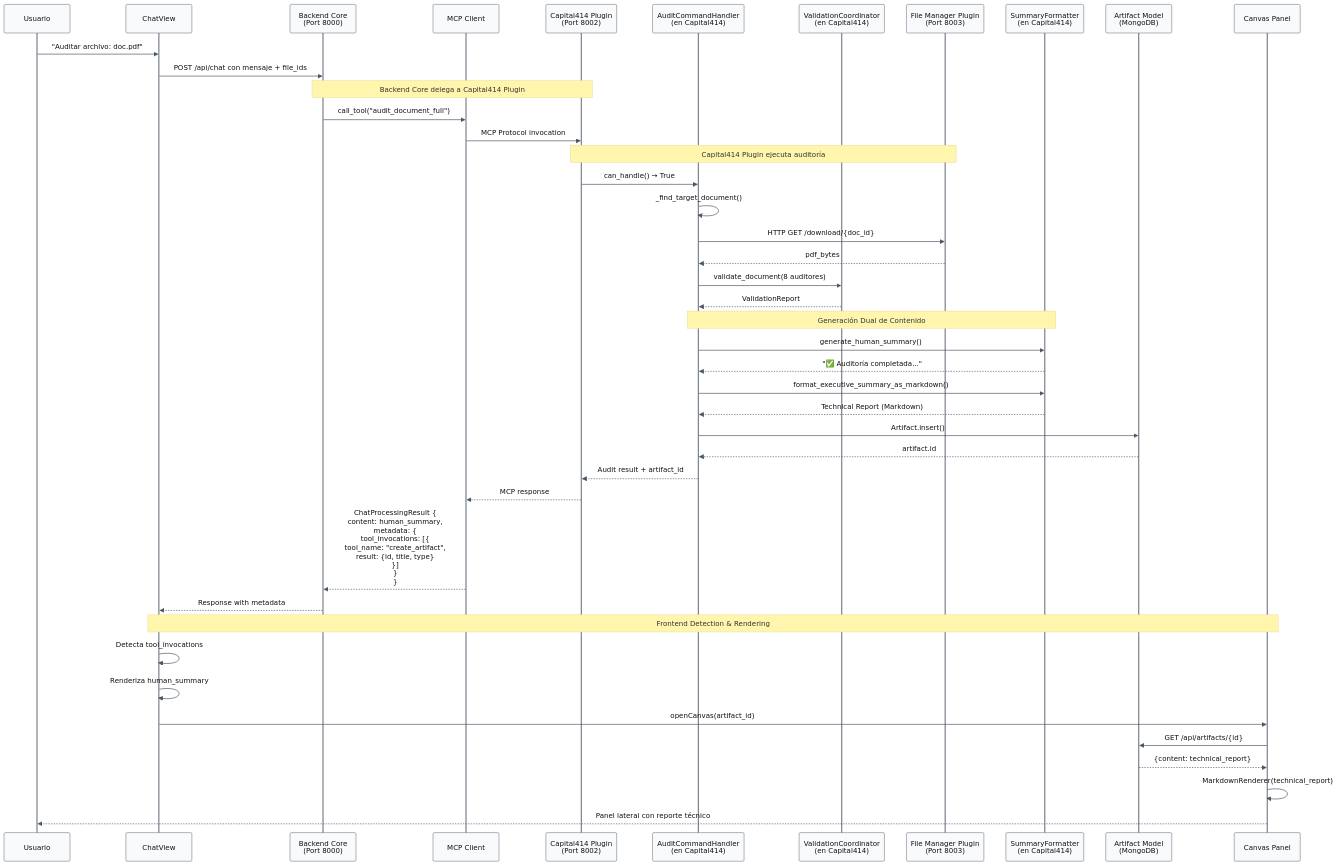
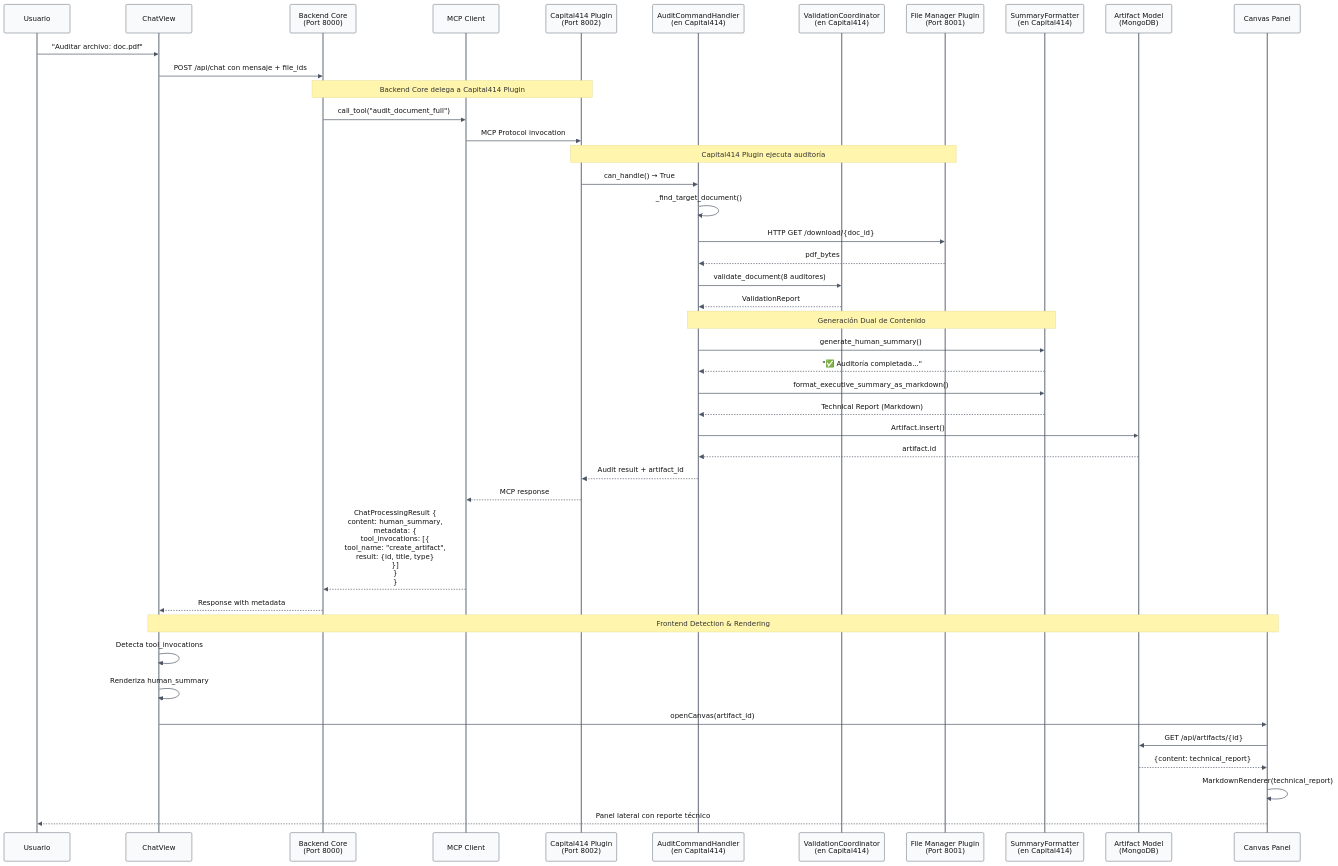
The tenth of 11 diagrams in README.md (saptiva-ai/octavios-chat), drawn with Mermaid before and after one commit. The commit also changed other lines of this file and 14 other files, not shown here.

First line of the commit message:
refactor: change File Manager port from 8003 to 8001

````diff
--- a/README.md
+++ b/README.md
@@ -983,54 +1146,54 @@
 ```mermaid
 %%{init: {'theme': 'base', 'themeVariables': {'actorBorder': '#4b5563','actorBkg': '#f9fafb','actorTextColor': '#111111','signalColor': '#4b5563','signalTextColor': '#111111','activationBorderColor': '#4b5563','activationBkgColor': '#d1d5db','sequenceNumberColor': '#4b5563'}}}%%
 sequenceDiagram
     participant User as Usuario
     participant Chat as ChatView
     participant BackendCore as Backend Core<br/>(Port 8000)
     participant MCPClient as MCP Client
     participant Capital414 as Capital414 Plugin<br/>(Port 8002)
     participant Handler as AuditCommandHandler<br/>(en Capital414)
     participant Coordinator as ValidationCoordinator<br/>(en Capital414)
-    participant FileManager as File Manager Plugin<br/>(Port 8003)
+    participant FileManager as File Manager Plugin<br/>(Port 8001)
     participant Formatter as SummaryFormatter<br/>(en Capital414)
     participant ArtifactDB as Artifact Model<br/>(MongoDB)
     participant Canvas as Canvas Panel
 
     User->>Chat: "Auditar archivo: doc.pdf"
     Chat->>BackendCore: POST /api/chat con mensaje + file_ids
 
     Note over BackendCore,Capital414: Backend Core delega a Capital414 Plugin
     BackendCore->>MCPClient: call_tool("audit_document_full")
     MCPClient->>Capital414: MCP Protocol invocation
 
     Note over Capital414,FileManager: Capital414 Plugin ejecuta auditoría
     Capital414->>Handler: can_handle() → True
     Handler->>Handler: _find_target_document()
     Handler->>FileManager: HTTP GET /download/{doc_id}
     FileManager-->>Handler: pdf_bytes
     Handler->>Coordinator: validate_document(8 auditores)
     Coordinator-->>Handler: ValidationReport
 
     Note over Handler,Formatter: Generación Dual de Contenido
     Handler->>Formatter: generate_human_summary()
     Formatter-->>Handler: "✅ Auditoría completada..."
     Handler->>Formatter: format_executive_summary_as_markdown()
     Formatter-->>Handler: Technical Report (Markdown)
 
     Handler->>ArtifactDB: Artifact.insert()
     ArtifactDB-->>Handler: artifact.id
 
     Handler-->>Capital414: Audit result + artifact_id
     Capital414-->>MCPClient: MCP response
     MCPClient-->>BackendCore: ChatProcessingResult {<br/>  content: human_summary,<br/>  metadata: {<br/>    tool_invocations: [{<br/>      tool_name: "create_artifact",<br/>      result: {id, title, type}<br/>    }]<br/>  }<br/>}
 
     BackendCore-->>Chat: Response with metadata
 
     Note over Chat,Canvas: Frontend Detection & Rendering
     Chat->>Chat: Detecta tool_invocations
     Chat->>Chat: Renderiza human_summary
     Chat->>Canvas: openCanvas(artifact_id)
     Canvas->>ArtifactDB: GET /api/artifacts/{id}
     ArtifactDB-->>Canvas: {content: technical_report}
     Canvas->>Canvas: MarkdownRenderer(technical_report)
     Canvas-->>User: Panel lateral con reporte técnico
 ```
````
